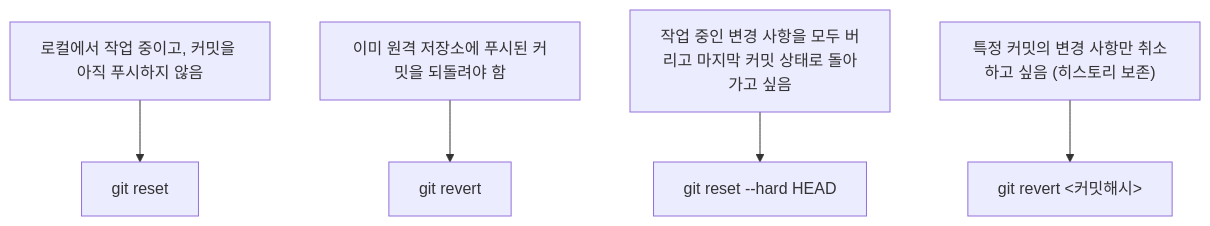
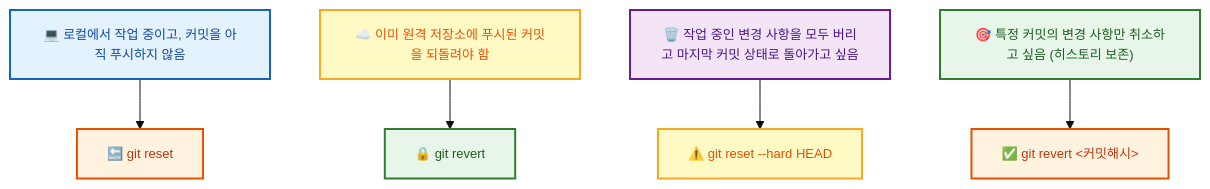
Before and after one commit to jingu279/Document: the sixth of 6 diagrams in git/04_변경_되돌리기/01_Reset과_Revert.md, drawn with Mermaid. The commit also changed other lines of this file and 24 other files, not shown here.

First line of the commit message:
Git 문서 전체 Mermaid 다이어그램 스타일링 통일

````diff
--- a/git/04_변경_되돌리기/01_Reset과_Revert.md
+++ b/git/04_변경_되돌리기/01_Reset과_Revert.md
@@ -236,7 +259,14 @@
 ```mermaid
+%%{init: {'theme': 'base', 'themeVariables': {'fontSize': '13px'}}}%%
 flowchart TB
-  S1["로컬에서 작업 중이고, 커밋을 아직 푸시하지 않음"] --> C1["git reset"]
-  S2["이미 원격 저장소에 푸시된 커밋을 되돌려야 함"] --> C2["git revert"]
-  S3["작업 중인 변경 사항을 모두 버리고 마지막 커밋 상태로 돌아가고 싶음"] --> C3["git reset --hard HEAD"]
-  S4["특정 커밋의 변경 사항만 취소하고 싶음 (히스토리 보존)"] --> C4["git revert <커밋해시>"]
+  classDef main fill:#fff3e0,stroke:#e65100,stroke-width:2px,color:#bf360c
+  classDef sub fill:#e8f5e9,stroke:#2e7d32,stroke-width:2px,color:#1b5e20
+  classDef proc fill:#e3f2fd,stroke:#1565c0,stroke-width:2px,color:#0d47a1
+  classDef decision fill:#fff9c4,stroke:#f9a825,stroke-width:2px,color:#e65100
+  classDef highlight fill:#f3e5f5,stroke:#6a1b9a,stroke-width:2px,color:#4a148c
+
+  S1["💻 로컬에서 작업 중이고, 커밋을 아직 푸시하지 않음"]:::proc --> C1["🔙 git reset"]:::main
+  S2["☁️ 이미 원격 저장소에 푸시된 커밋을 되돌려야 함"]:::decision --> C2["🔒 git revert"]:::sub
+  S3["🗑️ 작업 중인 변경 사항을 모두 버리고 마지막 커밋 상태로 돌아가고 싶음"]:::highlight --> C3["⚠️ git reset --hard HEAD"]:::decision
+  S4["🎯 특정 커밋의 변경 사항만 취소하고 싶음 (히스토리 보존)"]:::sub --> C4["✅ git revert &lt;커밋해시&gt;"]:::main
 ```
````
